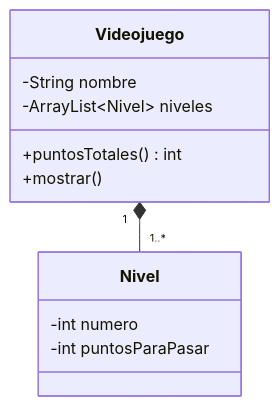
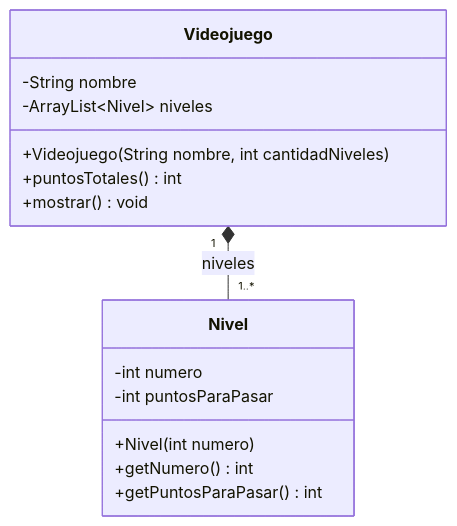
Before and after one commit to CursosProgramacionEP/USIL_SEMANA09: the sixth of 6 diagrams in EJERCICIOS_CLASE.md, drawn with Mermaid. The commit also changed other lines of this file, not shown here.

Commit message:
Prácticas: diagramas UML completos (atributos, constructores, getters y métodos)

````diff
--- a/EJERCICIOS_CLASE.md
+++ b/EJERCICIOS_CLASE.md
@@ -240,14 +263,18 @@
 ```mermaid
 classDiagram
     class Videojuego {
         -String nombre
         -ArrayList~Nivel~ niveles
+        +Videojuego(String nombre, int cantidadNiveles)
         +puntosTotales() int
-        +mostrar()
+        +mostrar() void
     }
     class Nivel {
         -int numero
         -int puntosParaPasar
+        +Nivel(int numero)
+        +getNumero() int
+        +getPuntosParaPasar() int
     }
-    Videojuego "1" *-- "1..*" Nivel
+    Videojuego "1" *-- "1..*" Nivel : niveles
 ```
````
